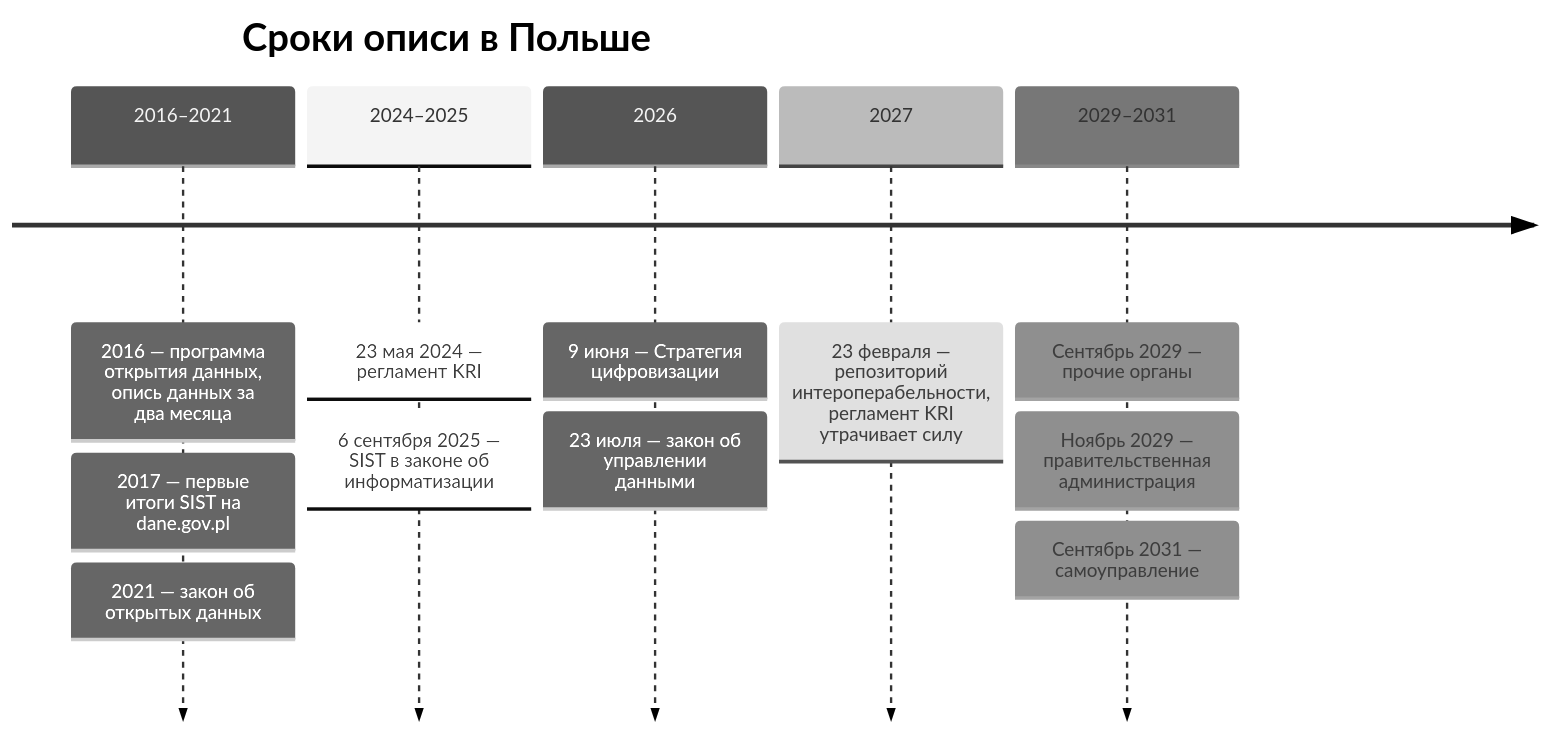
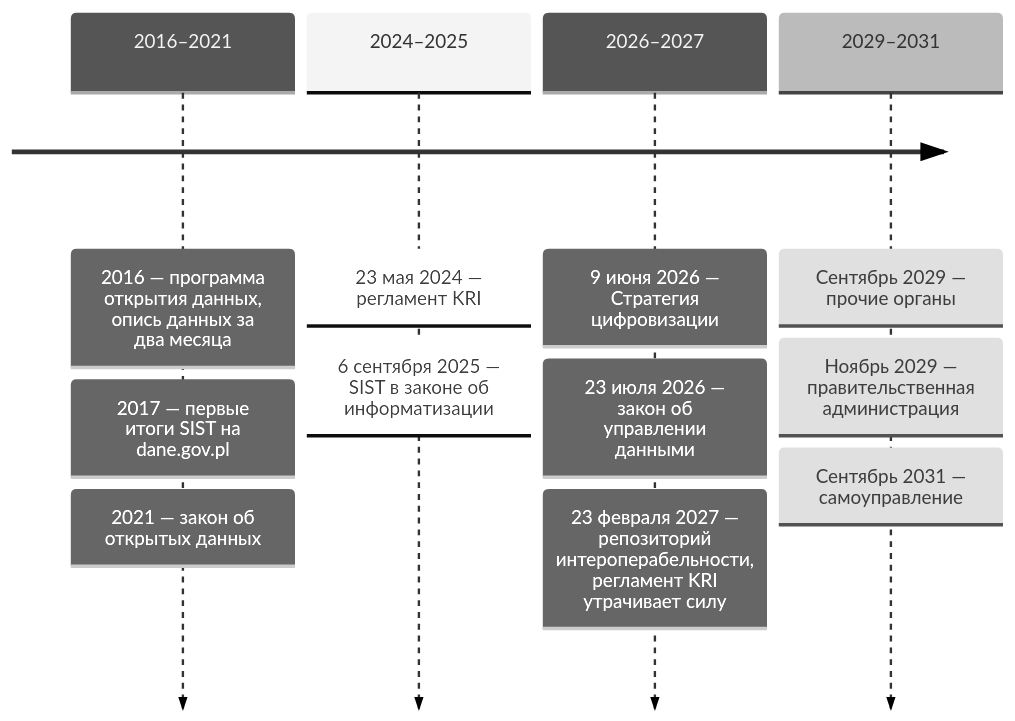
The second of 3 diagrams in docs/07-countries/05-poland.md (ivbeg/data-inventory), drawn with Mermaid (neutral theme) before and after one commit. The commit also changed other lines of this file and 34 other files, not shown here.

First line of the commit message:
Читаемая карта от продукта и единый размер схем в PDF

````diff
--- a/docs/07-countries/05-poland.md
+++ b/docs/07-countries/05-poland.md
@@ -52,9 +52,13 @@
 ```mermaid
+---
+config:
+  timeline:
+    leftMargin: 0
+    padding: 10
+---
 timeline
-  title Сроки описи в Польше
   2016–2021 : 2016 — программа открытия данных, опись данных за два месяца : 2017 — первые итоги SIST на dane.gov.pl : 2021 — закон об открытых данных
   2024–2025 : 23 мая 2024 — регламент KRI : 6 сентября 2025 — SIST в законе об информатизации
-  2026 : 9 июня — Стратегия цифровизации : 23 июля — закон об управлении данными
-  2027 : 23 февраля — репозиторий интероперабельности, регламент KRI утрачивает силу
+  2026–2027 : 9 июня 2026 — Стратегия цифровизации : 23 июля 2026 — закон об управлении данными : 23 февраля 2027 — репозиторий интероперабельности, регламент KRI утрачивает силу
   2029–2031 : Сентябрь 2029 — прочие органы : Ноябрь 2029 — правительственная администрация : Сентябрь 2031 — самоуправление
 ```
````
